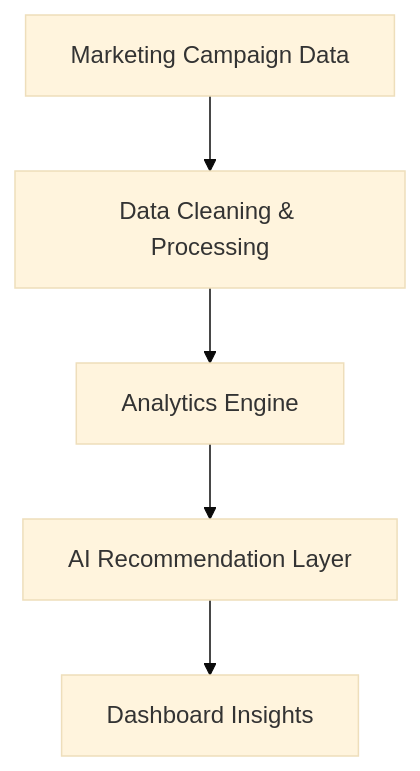
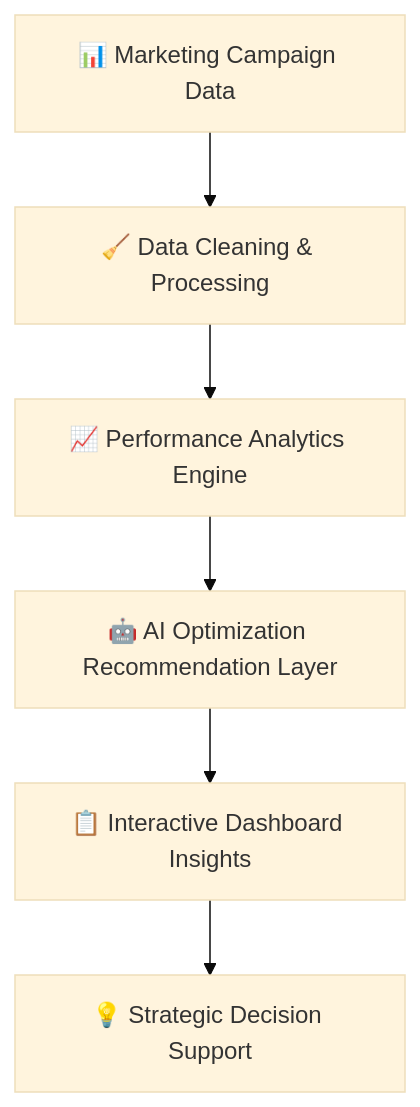
The diagram in README.md (K1-jen/ai-ads-optimizer), drawn with Mermaid (base theme) before and after one commit. The commit also changed other lines of this file, not shown here.

````diff
--- a/README.md
+++ b/README.md
@@ -37,7 +37,8 @@
 ```mermaid
 flowchart TD
-    A[Marketing Campaign Data] --> B[Data Cleaning & Processing]
-    B --> C[Analytics Engine]
-    C --> D[AI Recommendation Layer]
-    D --> E[Dashboard Insights]
+    A[📊 Marketing Campaign Data] --> B[🧹 Data Cleaning & Processing]
+    B --> C[📈 Performance Analytics Engine]
+    C --> D[🤖 AI Optimization Recommendation Layer]
+    D --> E[📋 Interactive Dashboard Insights]
+    E --> F[💡 Strategic Decision Support]
 ```
````
